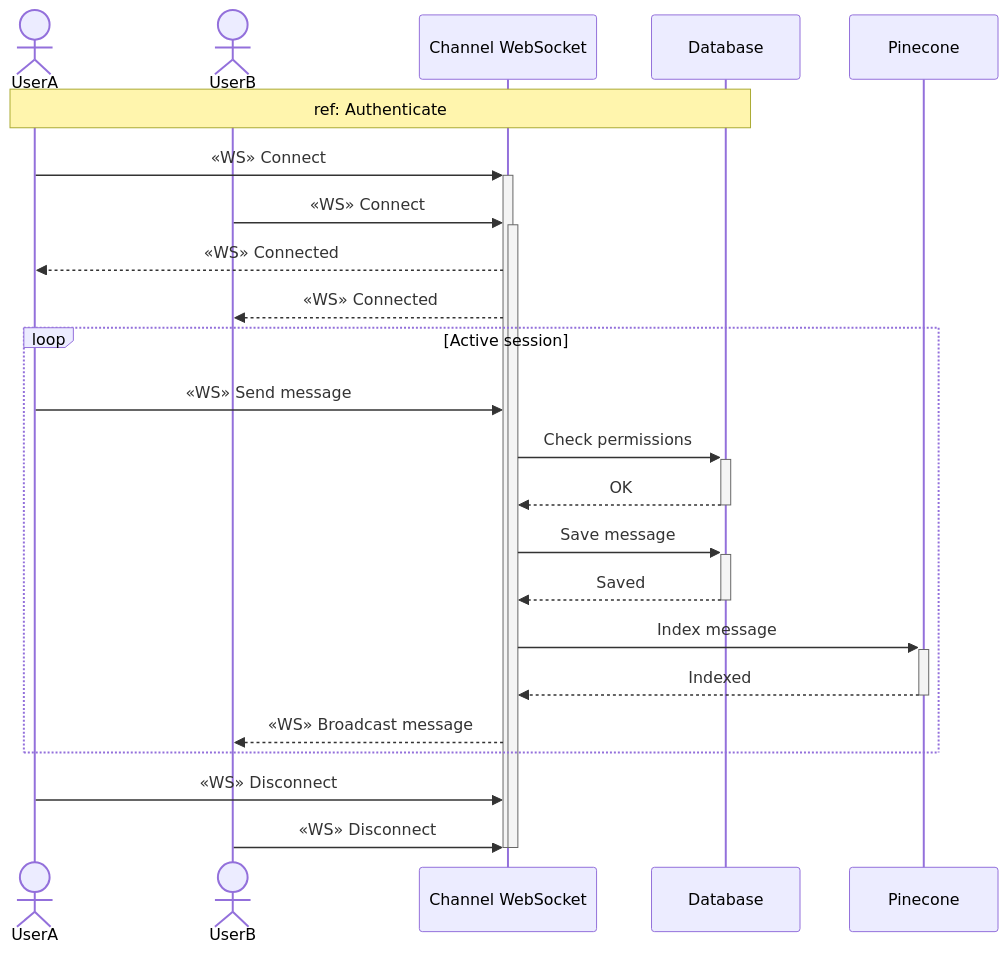
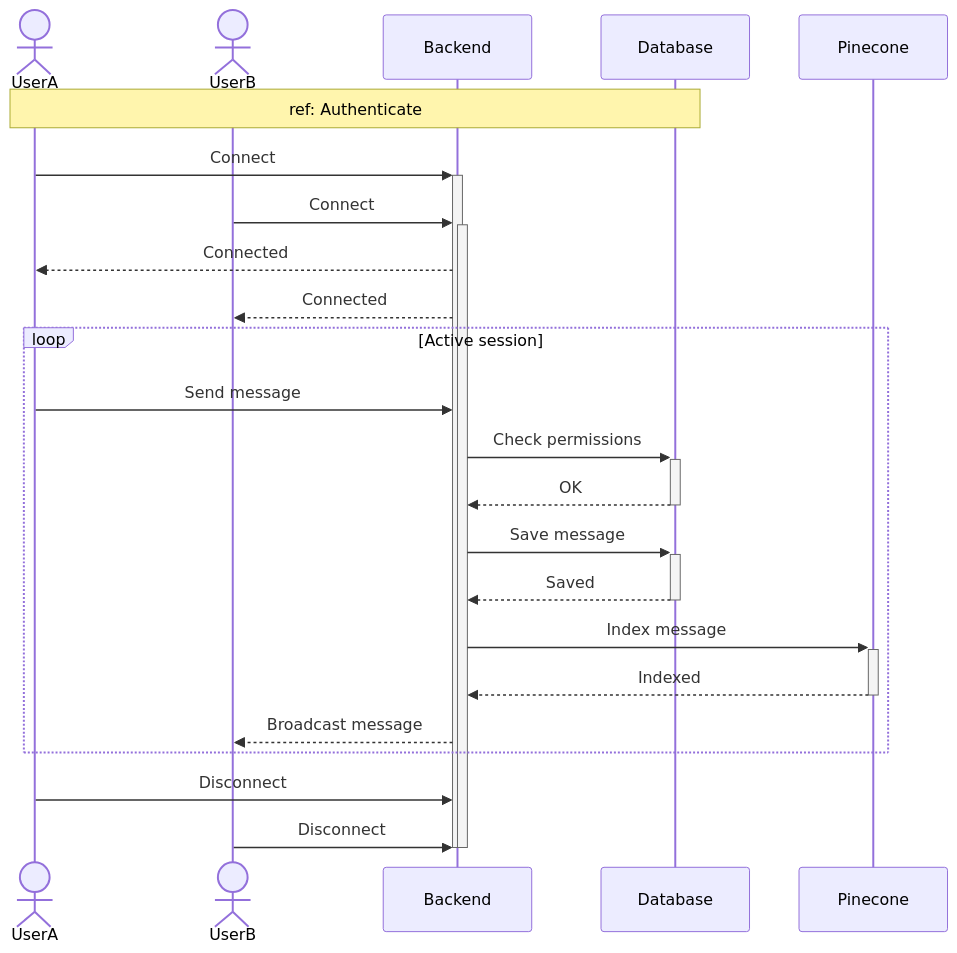
One commit to MohamedChebbi123/teamnest changed the ninth of 16 diagrams in docs/SEQUENCE_DIAGRAMS.md. Above: the diagram before and after it, drawn with Mermaid. The commit also changed other lines of this file, not shown here.

````diff
--- a/docs/SEQUENCE_DIAGRAMS.md
+++ b/docs/SEQUENCE_DIAGRAMS.md
@@ -315,31 +315,31 @@
 ```mermaid
 sequenceDiagram
     actor UserA
     actor UserB
-    participant WS as Channel WebSocket
+    participant API as Backend
     participant DB as Database
     participant Vec as Pinecone
 
     Note over UserA,DB: ref: Authenticate
 
-    UserA->>+WS: «WS» Connect
-    UserB->>+WS: «WS» Connect
-    WS-->>UserA: «WS» Connected
-    WS-->>UserB: «WS» Connected
+    UserA->>+API: Connect
+    UserB->>+API: Connect
+    API-->>UserA: Connected
+    API-->>UserB: Connected
 
     loop Active session
-        UserA->>WS: «WS» Send message
-        WS->>+DB: Check permissions
-        DB-->>-WS: OK
-        WS->>+DB: Save message
-        DB-->>-WS: Saved
-        WS->>+Vec: Index message
-        Vec-->>-WS: Indexed
-        WS-->>UserB: «WS» Broadcast message
+        UserA->>API: Send message
+        API->>+DB: Check permissions
+        DB-->>-API: OK
+        API->>+DB: Save message
+        DB-->>-API: Saved
+        API->>+Vec: Index message
+        Vec-->>-API: Indexed
+        API-->>UserB: Broadcast message
     end
 
-    UserA->>WS: «WS» Disconnect
-    UserB->>WS: «WS» Disconnect
-    deactivate WS
-    deactivate WS
+    UserA->>API: Disconnect
+    UserB->>API: Disconnect
+    deactivate API
+    deactivate API
 ```
````
